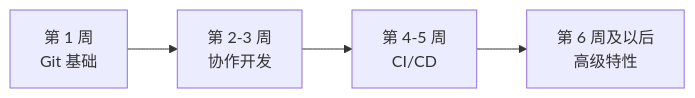
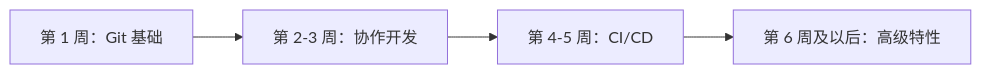
Diagram 16 of 22 in GitLab-完整使用指南.md (zerioo1970/summary), drawn with Mermaid before and after one commit. The commit also changed other lines of this file, not shown here.

Commit message:
docs: 提升 Mermaid 兼容性（flowchart→graph, <br/>→单行），适配旧版渲染器

````diff
--- a/GitLab-完整使用指南.md
+++ b/GitLab-完整使用指南.md
@@ -2616,6 +2616,6 @@
 ```mermaid
-flowchart LR
-    W1["第 1 周<br/>Git 基础"] --> W2["第 2-3 周<br/>协作开发"]
-    W2 --> W3["第 4-5 周<br/>CI/CD"]
-    W3 --> W4["第 6 周及以后<br/>高级特性"]
+graph LR
+    W1["第 1 周：Git 基础"] --> W2["第 2-3 周：协作开发"]
+    W2 --> W3["第 4-5 周：CI/CD"]
+    W3 --> W4["第 6 周及以后：高级特性"]
 ```
````
